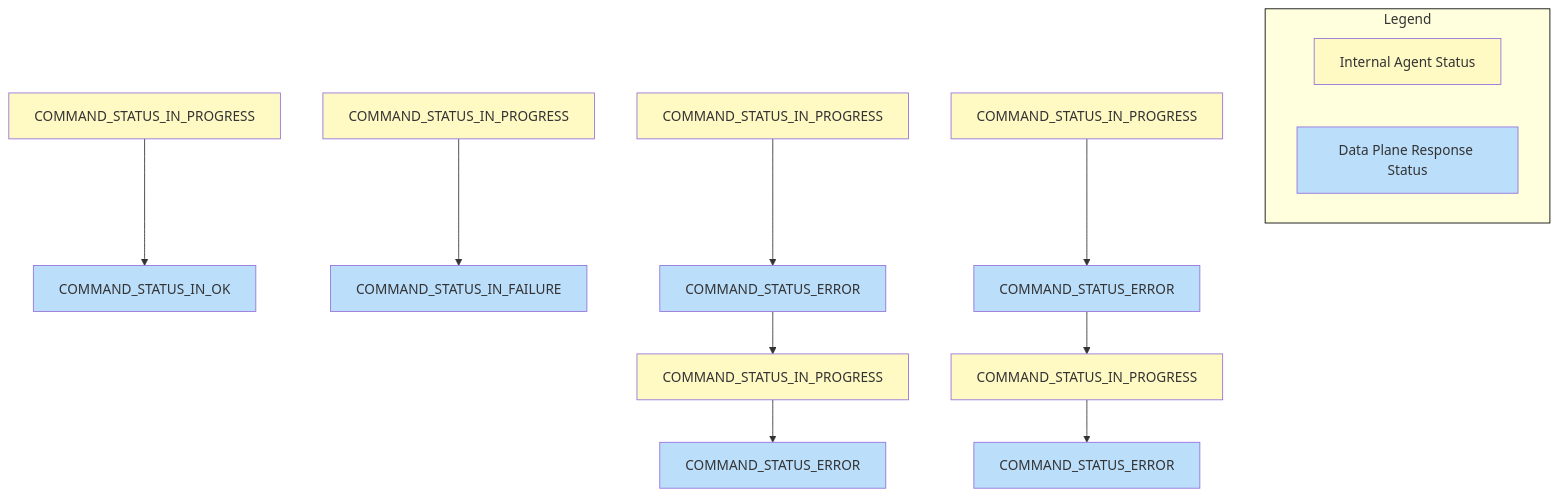
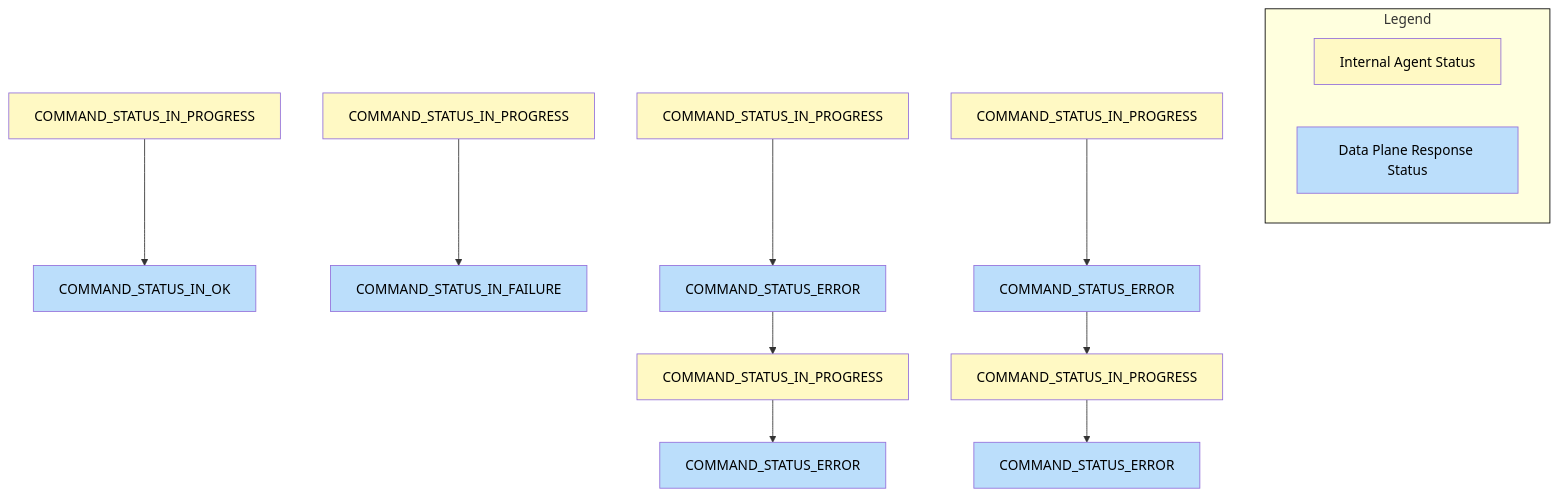
The diagram in docs/architecture/config_apply_state.md (nginx/agent), drawn with Mermaid before and after one commit. The commit also changed 1 other file, not shown here.

Commit message:
add diagrams

````diff
--- a/docs/architecture/config_apply_state.md
+++ b/docs/architecture/config_apply_state.md
@@ -2,33 +2,33 @@
 ```mermaid
 
 flowchart TB
  subgraph subGraph0["Legend"]
         12["Internal Agent Status"]
         13["Data Plane Response Status"]
   end
     0["COMMAND_STATUS_IN_PROGRESS"] --> 1["COMMAND_STATUS_IN_OK"]
     2["COMMAND_STATUS_IN_PROGRESS"] --> 3["COMMAND_STATUS_IN_FAILURE"]
     4["COMMAND_STATUS_IN_PROGRESS"] --> 5["COMMAND_STATUS_ERROR"]
     5 --> 6["COMMAND_STATUS_IN_PROGRESS"]
     6 --> 7["COMMAND_STATUS_ERROR"]
     8["COMMAND_STATUS_IN_PROGRESS"] --> 9["COMMAND_STATUS_ERROR"]
     9 --> 10["COMMAND_STATUS_IN_PROGRESS"]
     10 --> 11["COMMAND_STATUS_ERROR"]
-    style 0 fill:#FFF9C4
-    style 1 fill:#BBDEFB
-    style 2 fill:#FFF9C4
-    style 3 fill:#BBDEFB
-    style 4 fill:#FFF9C4
-    style 5 fill:#BBDEFB
-    style 6 fill:#FFF9C4
-    style 7 fill:#BBDEFB
-    style 8 fill:#FFF9C4
-    style 9 fill:#BBDEFB
-    style 10 fill:#FFF9C4
-    style 11 fill:#BBDEFB
-    style 12 fill:#FFF9C4
-    style 13 fill:#BBDEFB
+    style 0 fill:#FFF9C4,color:#000000
+    style 1 fill:#BBDEFB,color:#000000
+    style 2 fill:#FFF9C4,color:#000000
+    style 3 fill:#BBDEFB,color:#000000
+    style 4 fill:#FFF9C4,color:#000000
+    style 5 fill:#BBDEFB,color:#000000
+    style 6 fill:#FFF9C4,color:#000000
+    style 7 fill:#BBDEFB,color:#000000
+    style 8 fill:#FFF9C4,color:#000000
+    style 9 fill:#BBDEFB,color:#000000
+    style 10 fill:#FFF9C4,color:#000000
+    style 11 fill:#BBDEFB,color:#000000
+    style 12 fill:#FFF9C4,color:#000000
+    style 13 fill:#BBDEFB,color:#000000
     style subGraph0 stroke:#000000
 
 
 ```
````
